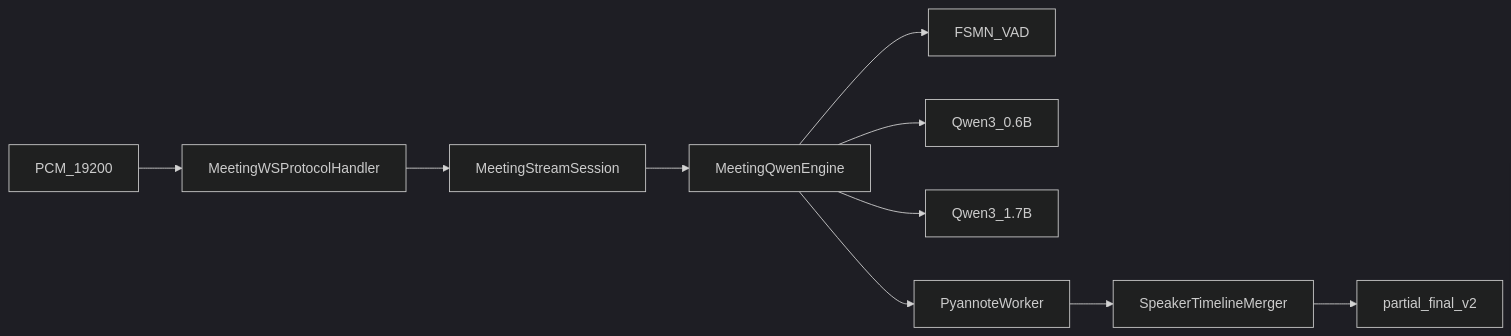
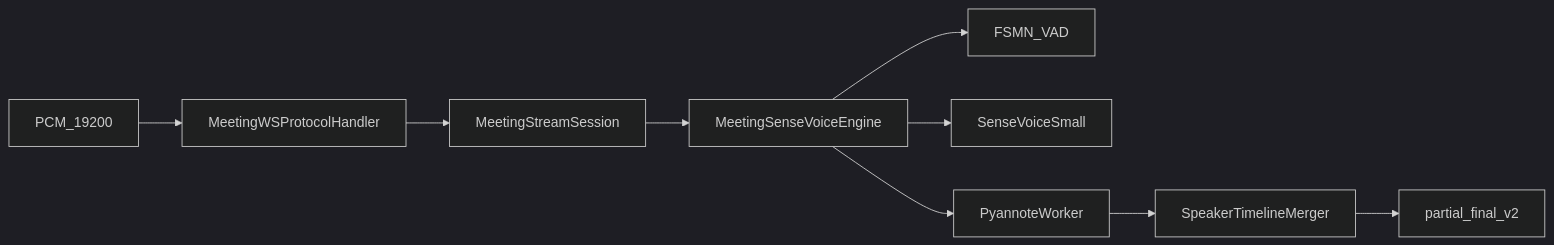
Before and after one commit to zhao1425493031/FunASRVoiceToText: the diagram in doc/meeting/架构与数据流.md, drawn with Mermaid (dark theme). The commit also changed other lines of this file and 30 other files, not shown here.

````diff
--- a/doc/meeting/架构与数据流.md
+++ b/doc/meeting/架构与数据流.md
@@ -12,12 +14,11 @@
 ```mermaid
 flowchart LR
   PCM[PCM_19200] --> Handler[MeetingWSProtocolHandler]
   Handler --> Session[MeetingStreamSession]
-  Session --> Engine[MeetingQwenEngine]
+  Session --> Engine[MeetingSenseVoiceEngine]
   Engine --> VAD[FSMN_VAD]
-  Engine --> QwenP[Qwen3_0.6B]
-  Engine --> QwenF[Qwen3_1.7B]
+  Engine --> SV[SenseVoiceSmall]
   Engine --> Pyannote[PyannoteWorker]
   Pyannote --> Merge[SpeakerTimelineMerger]
   Merge --> V2[partial_final_v2]
 ```
````
